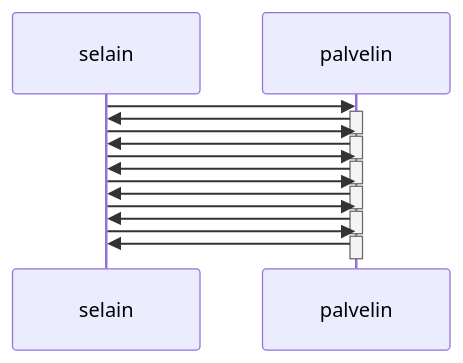
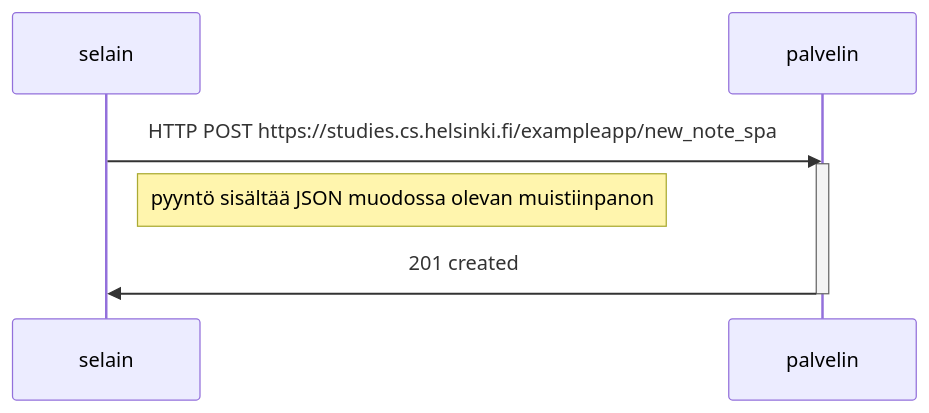
One commit to RoopeMakinen/Palautus-repositori changed the diagram in osa0/tehtävät/0,6.md. Above: the diagram before and after it, drawn with Mermaid.

````diff
--- a/osa0/tehtävät/0,6.md
+++ b/osa0/tehtävät/0,6.md
@@ -1,35 +1,12 @@
 ```mermaid
 sequenceDiagram
 participant selain 
 participant palvelin
   
-  selain->>palvelin:
+  selain->>palvelin: HTTP POST https://studies.cs.helsinki.fi/exampleapp/new_note_spa
   activate palvelin
-  palvelin->>selain:
+note right of selain: pyyntö sisältää JSON muodossa olevan muistiinpanon
+  palvelin->>selain: 201 created 
   deactivate palvelin
 
-selain->>palvelin:
-  activate palvelin
-  palvelin->>selain:
-  deactivate palvelin
-
-selain->>palvelin:
-  activate palvelin
-  palvelin->>selain:
-  deactivate palvelin
-
-selain->>palvelin:
-  activate palvelin
-  palvelin->>selain:
-  deactivate palvelin
-
-selain->>palvelin:
-  activate palvelin
-  palvelin->>selain:
-  deactivate palvelin
-
-selain->>palvelin:
-  activate palvelin
-  palvelin->>selain:
-  deactivate palvelin
 ```
````
